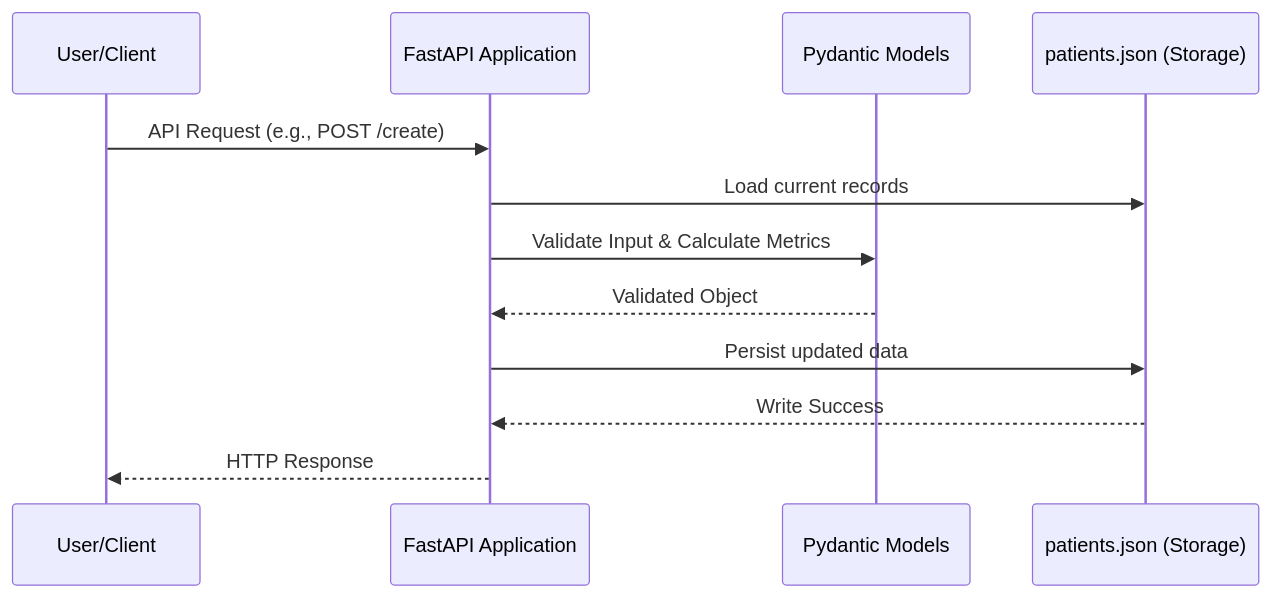
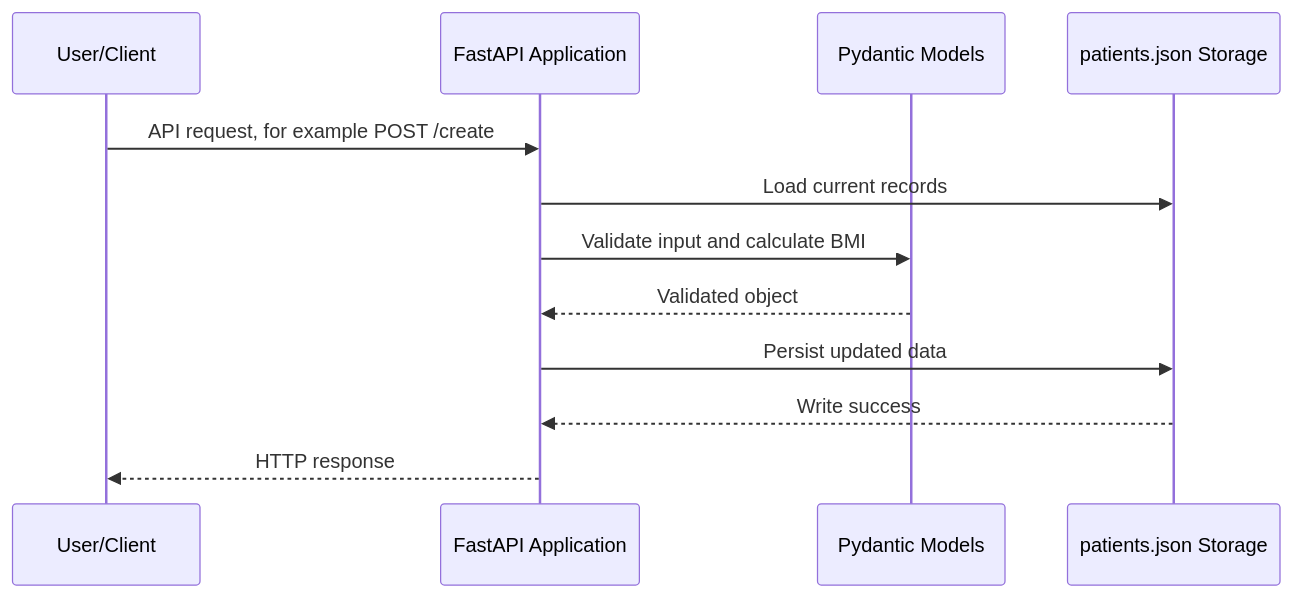
The second of 3 diagrams in README.md (Kartikiscalm/patient-management-api), drawn with Mermaid before and after one commit. The commit also changed other lines of this file and 9 other files, not shown here.

````diff
--- a/README.md
+++ b/README.md
@@ -42,15 +52,15 @@
 ```mermaid
 sequenceDiagram
-    participant Client as User/Client
+    participant User as User/Client
     participant API as FastAPI Application
     participant Model as Pydantic Models
-    participant DB as patients.json (Storage)
+    participant DB as patients.json Storage
 
-    Client->>API: API Request (e.g., POST /create)
+    User->>API: API request, for example POST /create
     API->>DB: Load current records
-    API->>Model: Validate Input & Calculate Metrics
-    Model-->>API: Validated Object
+    API->>Model: Validate input and calculate BMI
+    Model-->>API: Validated object
     API->>DB: Persist updated data
-    DB-->>API: Write Success
-    API-->>Client: HTTP Response
+    DB-->>API: Write success
+    API-->>User: HTTP response
 ```
````
